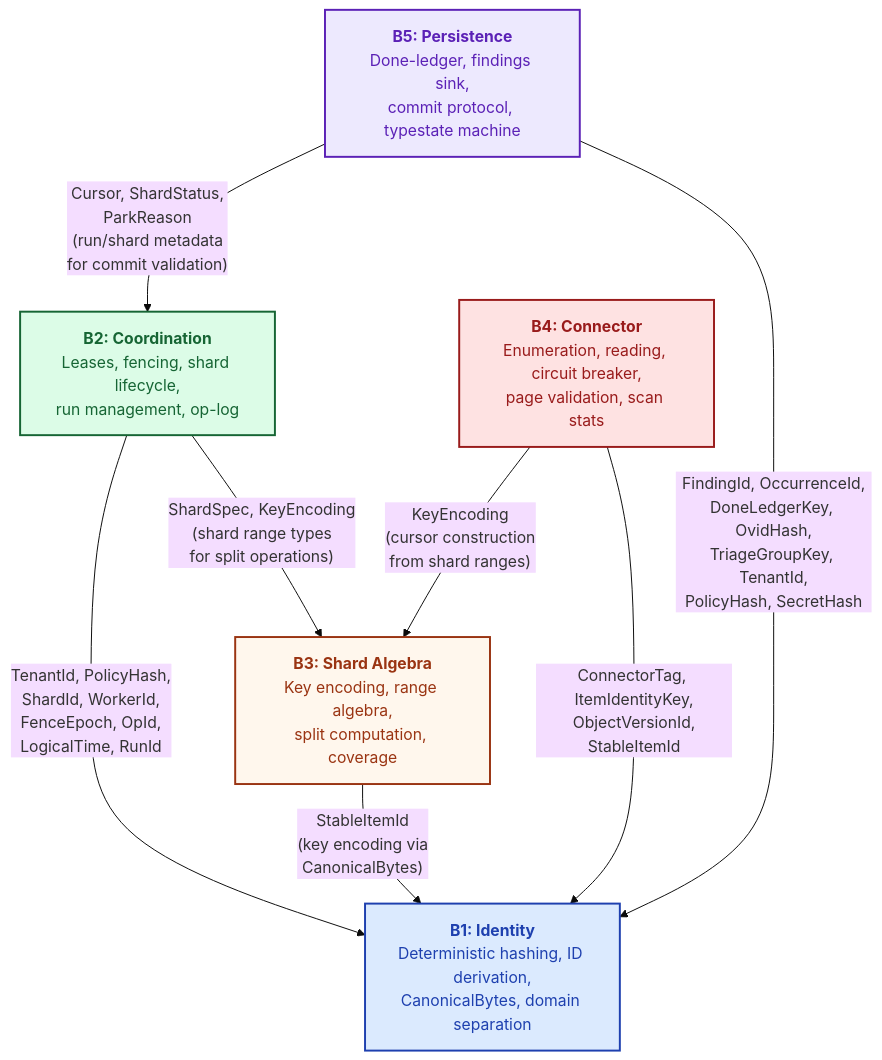
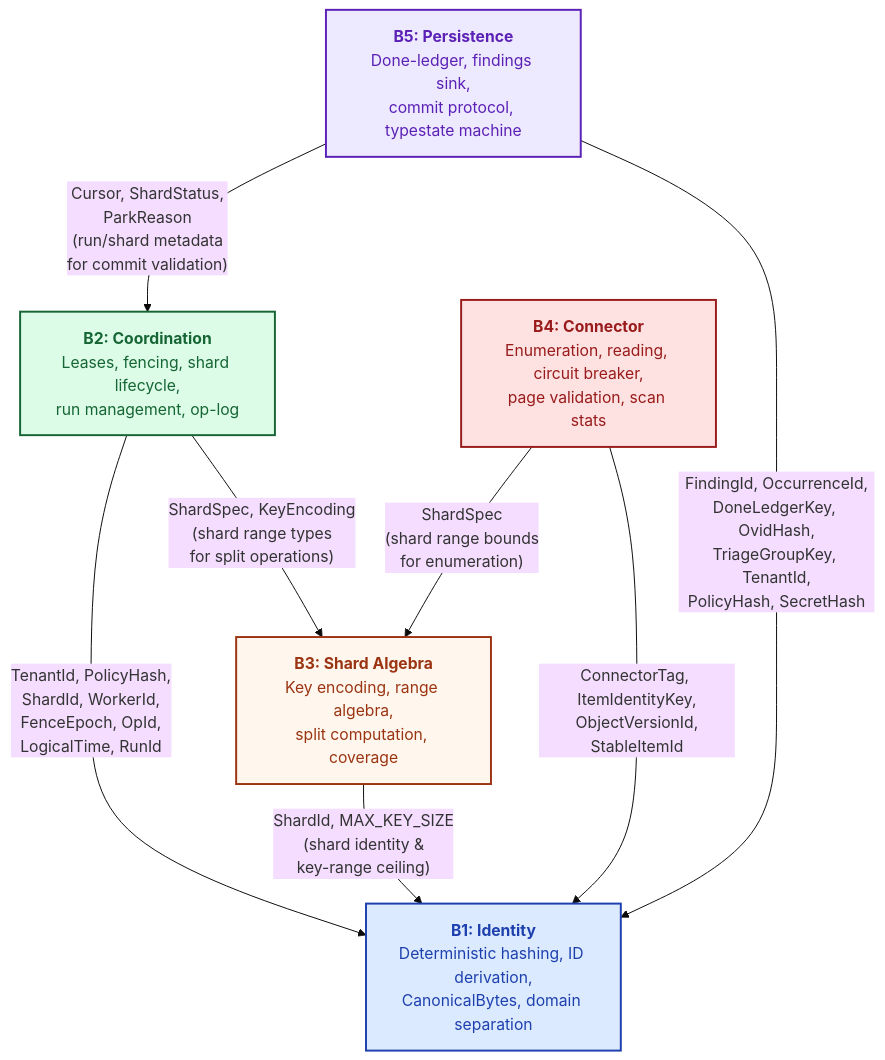
One commit to ahrav/Gossip-rs changed the first of 3 diagrams in diagrams/02-boundary-dependency-graph.md. Above: the diagram before and after it, drawn with Mermaid (base theme). The commit also changed other lines of this file and 8 other files, not shown here.

````diff
--- a/diagrams/02-boundary-dependency-graph.md
+++ b/diagrams/02-boundary-dependency-graph.md
@@ -49,25 +49,25 @@
 ```mermaid
 %% Diagram: complete-type-annotated-dag
 graph TB
     B1["<b>B1: Identity</b><br/>Deterministic hashing, ID derivation,<br/>CanonicalBytes, domain separation"]
     B2["<b>B2: Coordination</b><br/>Leases, fencing, shard lifecycle,<br/>run management, op-log"]
     B3["<b>B3: Shard Algebra</b><br/>Key encoding, range algebra,<br/>split computation, coverage"]
     B4["<b>B4: Connector</b><br/>Enumeration, reading, circuit breaker,<br/>page validation, scan stats"]
     B5["<b>B5: Persistence</b><br/>Done-ledger, findings sink,<br/>commit protocol, typestate machine"]
 
     B2 -->|"TenantId, PolicyHash,<br/>ShardId, WorkerId,<br/>FenceEpoch, OpId,<br/>LogicalTime, RunId"| B1
-    B3 -->|"StableItemId<br/>(key encoding via<br/>CanonicalBytes)"| B1
+    B3 -->|"ShardId, MAX_KEY_SIZE<br/>(shard identity &amp;<br/>key-range ceiling)"| B1
     B4 -->|"ConnectorTag, ItemIdentityKey,<br/>ObjectVersionId,<br/>StableItemId"| B1
     B5 -->|"FindingId, OccurrenceId,<br/>DoneLedgerKey, OvidHash,<br/>TriageGroupKey, TenantId,<br/>PolicyHash, SecretHash"| B1
 
     B2 -->|"ShardSpec, KeyEncoding<br/>(shard range types<br/>for split operations)"| B3
-    B4 -->|"KeyEncoding<br/>(cursor construction<br/>from shard ranges)"| B3
+    B4 -->|"ShardSpec<br/>(shard range bounds<br/>for enumeration)"| B3
 
     B5 -->|"Cursor, ShardStatus,<br/>ParkReason<br/>(run/shard metadata<br/>for commit validation)"| B2
 
     style B1 fill:#DBEAFE,stroke:#1E40AF,stroke-width:2px,color:#1E40AF
     style B2 fill:#DCFCE7,stroke:#166534,stroke-width:2px,color:#166534
     style B3 fill:#FFF7ED,stroke:#9A3412,stroke-width:2px,color:#9A3412
     style B4 fill:#FEE2E2,stroke:#991B1B,stroke-width:2px,color:#991B1B
     style B5 fill:#EDE9FE,stroke:#5B21B6,stroke-width:2px,color:#5B21B6
 ```
````
